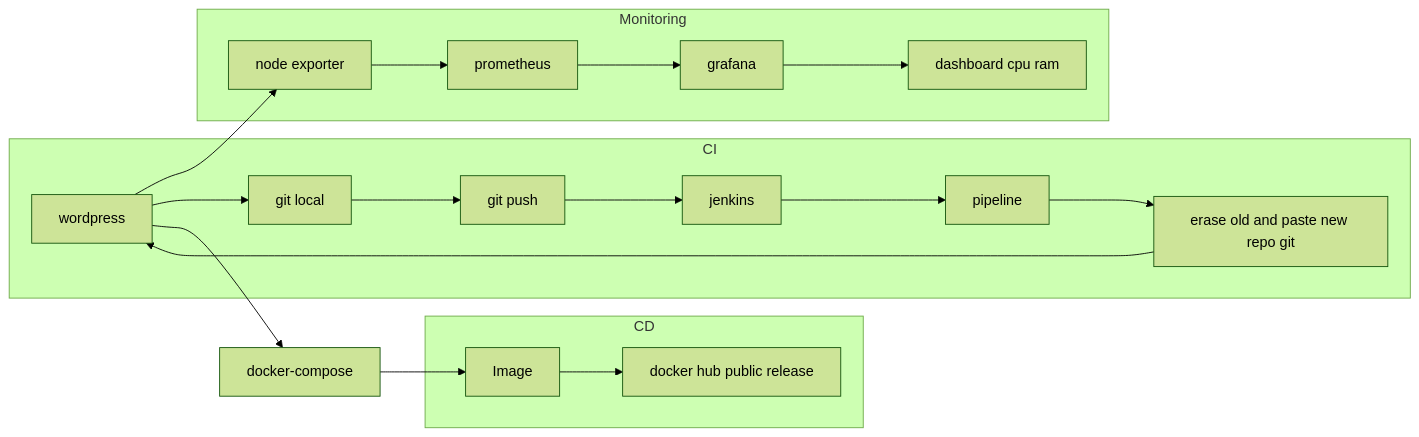
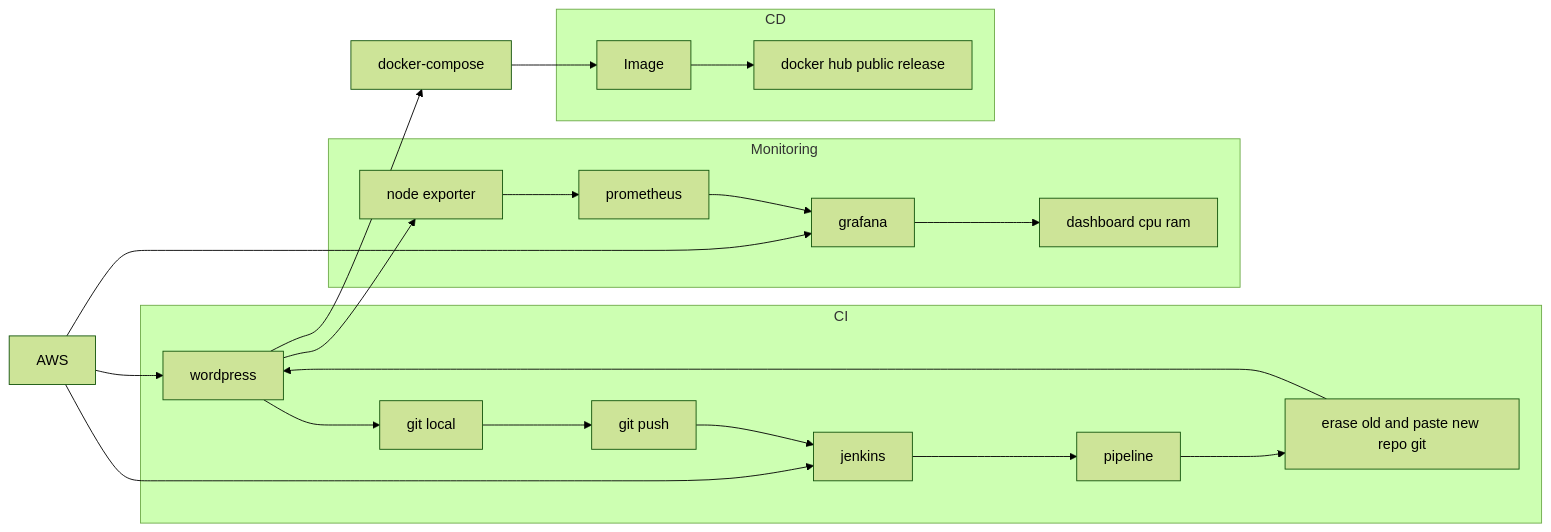
One commit to DanyAAD90/CICD_complete_from_scratch changed the diagram in README.md. Above: the diagram before and after it, drawn with Mermaid (forest theme).

````diff
--- a/README.md
+++ b/README.md
@@ -5,22 +5,25 @@
 ```mermaid
 flowchart LR
 A[wordpress] --> G[node exporter]
+Z[AWS] --> A
+Z --> K
+Z --> I
 subgraph CI
 A --> O[git local]
 O --> P[git push]
 P --> K[jenkins]
 K --> L[pipeline]
 L --> N[erase old and paste new repo git]
 N --> A
 end
 subgraph Monitoring
 G --> H[prometheus]
 H --> I[grafana]
 I --> J[dashboard cpu ram]
 end
 A --> D[docker-compose]
 D --> E[Image]
 subgraph CD
 E --> F[docker hub public release]
 end
 ```
````
